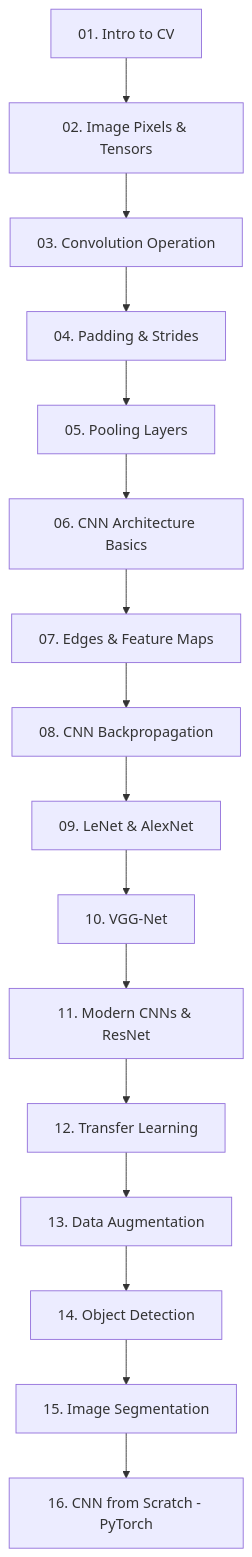
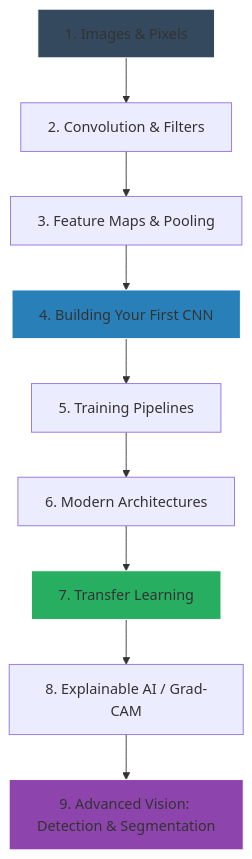
One commit to sandaruns2004/Full-ML-DL-CV-and-Data-Science-Roadmap changed the diagram in 07-Computer-Vision-CNNs/README.md. Above: the diagram before and after it, drawn with Mermaid. The commit also changed other lines of this file and 150 other files, not shown here.

````diff
--- a/07-Computer-Vision-CNNs/README.md
+++ b/07-Computer-Vision-CNNs/README.md
@@ -11,18 +24,16 @@
 ```mermaid
 graph TD
-    A[01. Intro to CV] --> B[02. Image Pixels & Tensors]
-    B --> C[03. Convolution Operation]
-    C --> D[04. Padding & Strides]
-    D --> E[05. Pooling Layers]
-    E --> F[06. CNN Architecture Basics]
-    F --> G[07. Edges & Feature Maps]
-    G --> H[08. CNN Backpropagation]
-    H --> I[09. LeNet & AlexNet]
-    I --> J[10. VGG-Net]
-    J --> K[11. Modern CNNs & ResNet]
-    K --> L[12. Transfer Learning]
-    L --> M[13. Data Augmentation]
-    M --> N[14. Object Detection]
-    N --> O[15. Image Segmentation]
-    O --> P[16. CNN from Scratch - PyTorch]
+    A[1. Images & Pixels] --> B[2. Convolution & Filters]
+    B --> C[3. Feature Maps & Pooling]
+    C --> D[4. Building Your First CNN]
+    D --> E[5. Training Pipelines]
+    E --> F[6. Modern Architectures]
+    F --> G[7. Transfer Learning]
+    G --> H[8. Explainable AI / Grad-CAM]
+    H --> I[9. Advanced Vision: Detection & Segmentation]
+    
+    style A fill:#34495e,stroke:#fff
+    style D fill:#2980b9,stroke:#fff
+    style G fill:#27ae60,stroke:#fff
+    style I fill:#8e44ad,stroke:#fff
 ```
````
